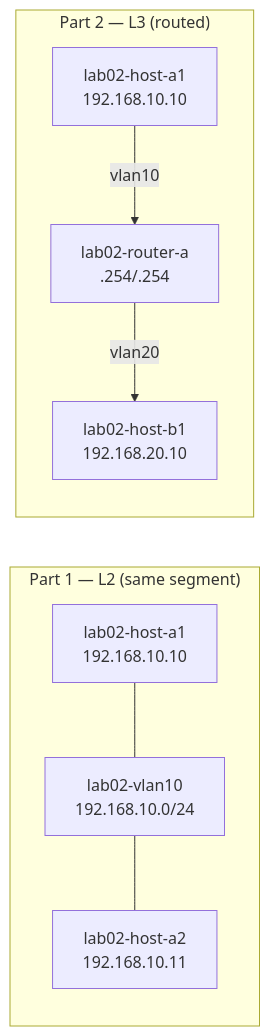
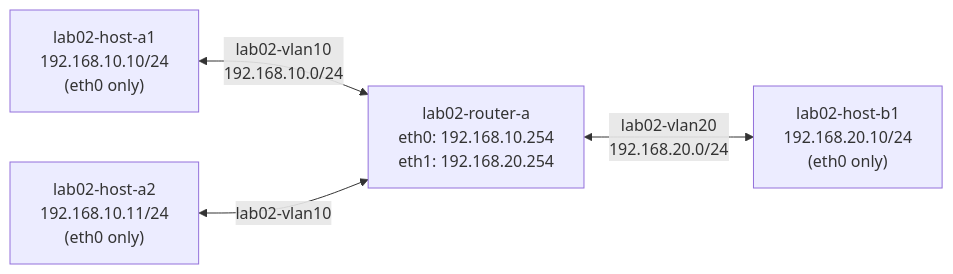
The diagram in lab02-l2-vs-l3-vlans/README.md (jkirklan/bgp-labs), drawn with Mermaid before and after one commit. The commit also changed other lines of this file, not shown here.

First line of the commit message:
docs: clarify lab02 topology — host-a1 has one interface, reused across parts

````diff
--- a/lab02-l2-vs-l3-vlans/README.md
+++ b/lab02-l2-vs-l3-vlans/README.md
@@ -47,9 +69,6 @@
 ```mermaid
 graph LR
-    subgraph "Part 1 — L2 (same segment)"
-        A1["lab02-host-a1<br>192.168.10.10"] --- V10["lab02-vlan10<br>192.168.10.0/24"] --- A2["lab02-host-a2<br>192.168.10.11"]
-    end
-    subgraph "Part 2 — L3 (routed)"
-        A1b["lab02-host-a1<br>192.168.10.10"] -->|vlan10| RA["lab02-router-a<br>.254/.254"] -->|vlan20| B1["lab02-host-b1<br>192.168.20.10"]
-    end
+    A1["lab02-host-a1<br>192.168.10.10/24<br>(eth0 only)"] <-->|"lab02-vlan10<br>192.168.10.0/24"| RA["lab02-router-a<br>eth0: 192.168.10.254<br>eth1: 192.168.20.254"]
+    A2["lab02-host-a2<br>192.168.10.11/24<br>(eth0 only)"] <-->|"lab02-vlan10"| RA
+    RA <-->|"lab02-vlan20<br>192.168.20.0/24"| B1["lab02-host-b1<br>192.168.20.10/24<br>(eth0 only)"]
 ```
````
